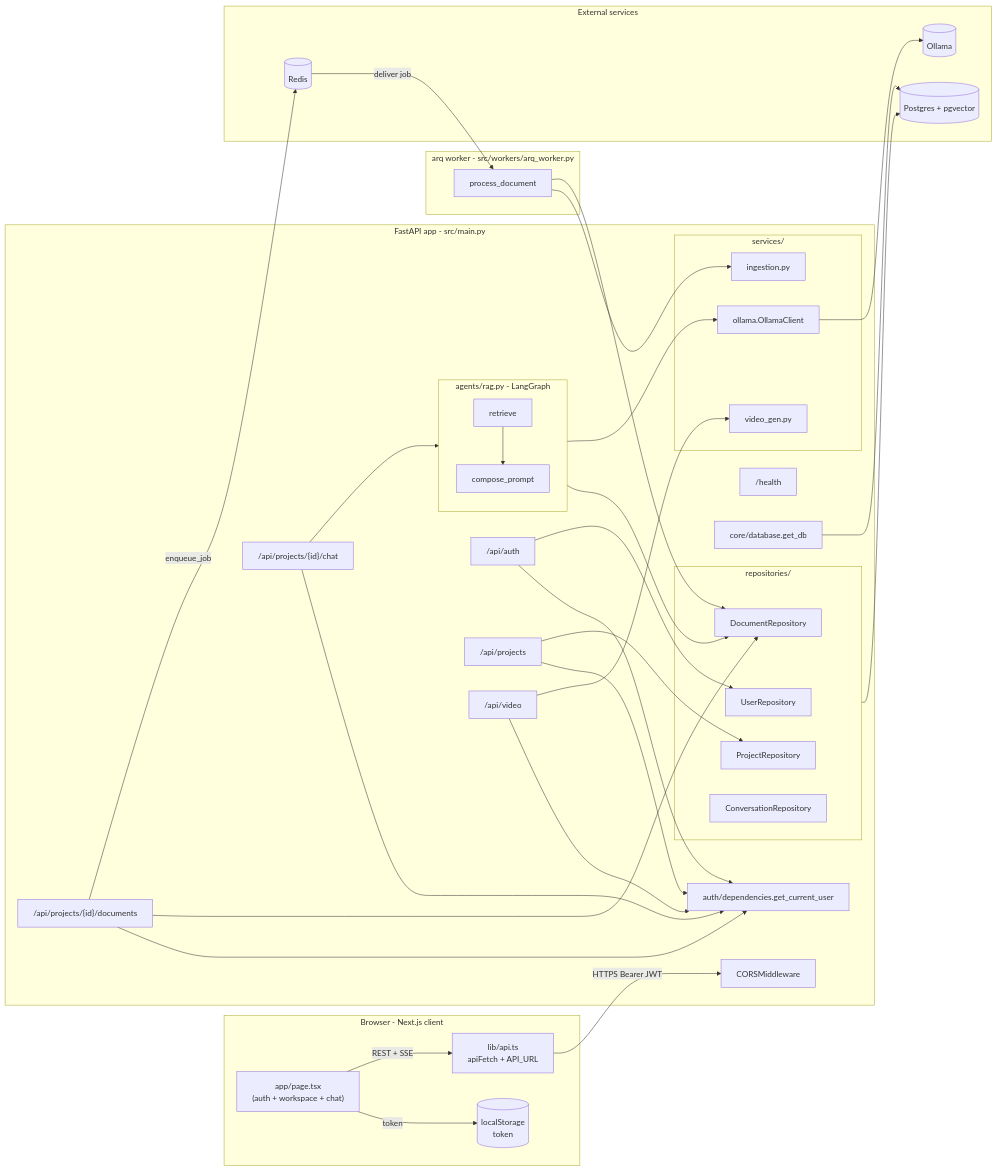
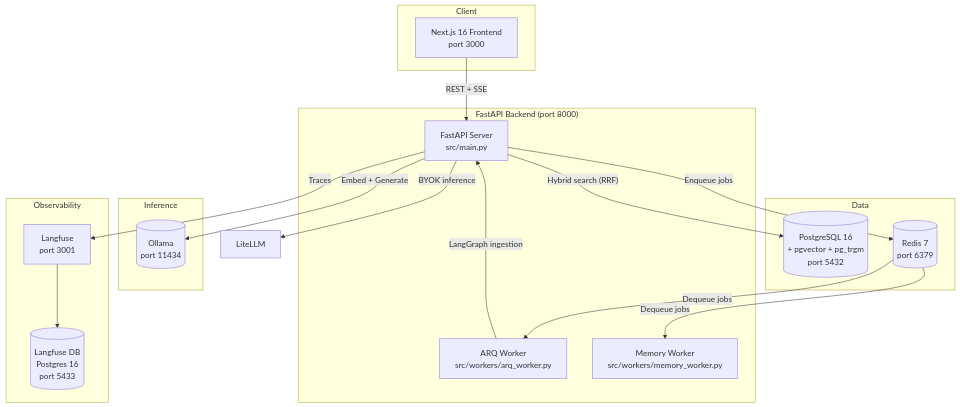
Before and after one commit to Tusharyadav21/artha: the first of 6 diagrams in .ai/architecture.md, drawn with Mermaid. The commit also changed other lines of this file and 263 other files, not shown here.

Commit message:
refactor: restructure backend architecture, consolidate agent services, and unify platform models

````diff
--- a/.ai/architecture.md
+++ b/.ai/architecture.md
@@ -11,75 +22,37 @@
 ```mermaid
-flowchart LR
-  subgraph BROWSER["Browser - Next.js client"]
-    UI["app/page.tsx<br/>(auth + workspace + chat)"]
-    API["lib/api.ts<br/>apiFetch + API_URL"]
-    LS[("localStorage<br/>token")]
-    UI -->|token| LS
-    UI -->|REST + SSE| API
-  end
-
-  subgraph BACKEND["FastAPI app - src/main.py"]
-    CORS["CORSMiddleware"]
-    R_HEALTH["/health"]
-    R_AUTH["/api/auth"]
-    R_PROJ["/api/projects"]
-    R_DOC["/api/projects/{id}/documents"]
-    R_CHAT["/api/projects/{id}/chat"]
-    R_VIDEO["/api/video"]
-
-    AUTHDEP["auth/dependencies.get_current_user"]
-    DBDEP["core/database.get_db"]
-
-    R_AUTH --> AUTHDEP
-    R_PROJ --> AUTHDEP
-    R_DOC --> AUTHDEP
-    R_CHAT --> AUTHDEP
-    R_VIDEO --> AUTHDEP
-
-    subgraph REPOS["repositories/"]
-      USERS["UserRepository"]
-      PROJS["ProjectRepository"]
-      DOCS["DocumentRepository"]
-      CONVS["ConversationRepository"]
+graph TB
+    subgraph Client
+        FE["Next.js 16 Frontend<br/>port 3000"]
     end
 
-    subgraph SERVICES["services/"]
-      ING["ingestion.py"]
-      OLLAMA_C["ollama.OllamaClient"]
-      VID["video_gen.py"]
+    subgraph "FastAPI Backend (port 8000)"
+        API["FastAPI Server<br/>src/main.py"]
+        Worker["ARQ Worker<br/>src/workers/arq_worker.py"]
+        MemWorker["Memory Worker<br/>src/workers/memory_worker.py"]
     end
 
-    subgraph AGENT["agents/rag.py - LangGraph"]
-      N1["retrieve"]
-      N2["compose_prompt"]
-      N1 --> N2
+    subgraph Data
+        PG[("PostgreSQL 16<br/>+ pgvector + pg_trgm<br/>port 5432")]
+        Redis[("Redis 7<br/>port 6379")]
     end
 
-    R_AUTH --> USERS
-    R_PROJ --> PROJS
-    R_DOC --> DOCS
-    R_CHAT --> AGENT
-    AGENT --> DOCS
-    AGENT --> OLLAMA_C
-    R_VIDEO --> VID
-  end
+    subgraph Inference
+        Ollama[("Ollama<br/>port 11434")]
+    end
 
-  subgraph WORKER["arq worker - src/workers/arq_worker.py"]
-    PD["process_document"]
-    PD --> ING
-    PD --> DOCS
-  end
+    subgraph Observability
+        LF_DB[("Langfuse DB<br/>Postgres 16<br/>port 5433")]
+        LF["Langfuse<br/>port 3001"]
+    end
 
-  subgraph DATA["External services"]
-    PG[("Postgres + pgvector")]
-    REDIS[("Redis")]
-    OLLAMA[("Ollama")]
-  end
-
-  API -->|HTTPS Bearer JWT| CORS
-  R_DOC -->|enqueue_job| REDIS
-  REDIS -->|deliver job| PD
-  REPOS --> PG
-  OLLAMA_C --> OLLAMA
-  DBDEP --> PG
+    FE -- "REST + SSE" --> API
+    API -- "Enqueue jobs" --> Redis
+    Redis -- "Dequeue jobs" --> Worker
+    Redis -- "Dequeue jobs" --> MemWorker
+    Worker -- "LangGraph ingestion" --> API
+    API -- "Hybrid search (RRF)" --> PG
+    API -- "Embed + Generate" --> Ollama
+    API -- "BYOK inference" --> LiteLLM
+    API -- "Traces" --> LF
+    LF --> LF_DB
 ```
````
